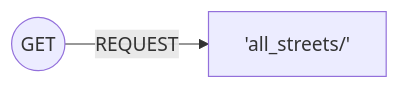
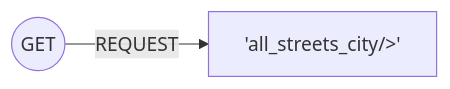
Before and after one commit to TomasCostaK/traffic_info: the fifth of 18 diagrams in Django/RestApi.md, drawn with Mermaid. The commit also changed other lines of this file and 10 other files, not shown here.

Commit message:
Fixed chart, fixed error in transit

````diff
--- a/Django/RestApi.md
+++ b/Django/RestApi.md
@@ -128,5 +128,5 @@
 ```mermaid
 graph LR; 
-A((GET));B[ 'all_streets/' ]
+A((GET));B[ 'all_streets_city/<str:city_name>>' ]
 A -- REQUEST --> B
 ```
````
